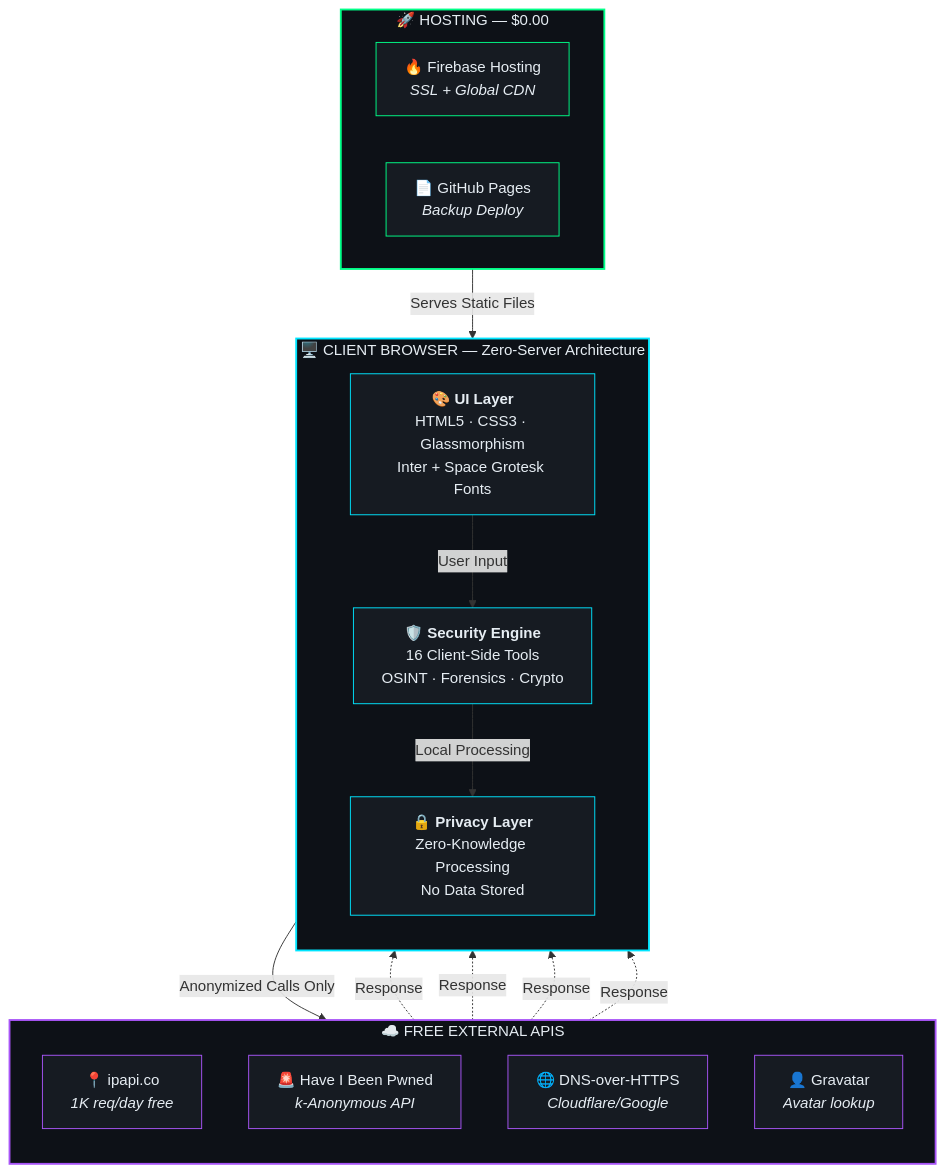
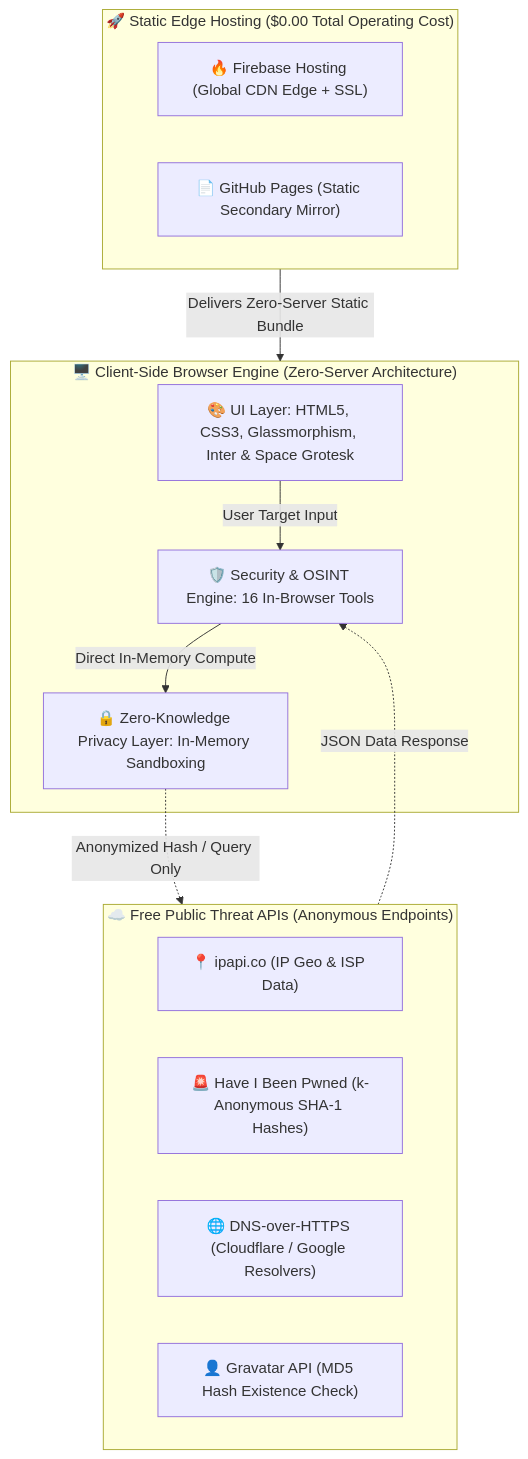
The second of 8 diagrams in README.md (Ab-aswini/Aswini--mini-security-tool-portfolio), drawn with Mermaid before and after one commit. The commit also changed other lines of this file, not shown here.

Commit message:
docs: resolve rich display rendering errors and polish Mermaid architecture diagrams

````diff
--- a/README.md
+++ b/README.md
@@ -100,45 +144,26 @@
 ```mermaid
-graph TB
-    subgraph CLIENT["🖥️ CLIENT BROWSER — Zero-Server Architecture"]
-        direction TB
-        UI["🎨 <b>UI Layer</b><br/>HTML5 · CSS3 · Glassmorphism<br/>Inter + Space Grotesk Fonts"]
-        ENGINE["🛡️ <b>Security Engine</b><br/>16 Client-Side Tools<br/>OSINT · Forensics · Crypto"]
-        PRIVACY["🔒 <b>Privacy Layer</b><br/>Zero-Knowledge Processing<br/>No Data Stored"]
+flowchart TD
+    subgraph CLIENT["🖥️ Client-Side Browser Engine (Zero-Server Architecture)"]
+        UI["🎨 UI Layer: HTML5, CSS3, Glassmorphism, Inter & Space Grotesk"]
+        ENGINE["🛡️ Security & OSINT Engine: 16 In-Browser Tools"]
+        PRIVACY["🔒 Zero-Knowledge Privacy Layer: In-Memory Sandboxing"]
+        UI -->|"User Target Input"| ENGINE
+        ENGINE -->|"Direct In-Memory Compute"| PRIVACY
     end
 
-    subgraph APIS["☁️ FREE EXTERNAL APIS"]
-        direction TB
-        IPAPI["📍 ipapi.co<br/><i>1K req/day free</i>"]
-        HIBP["🚨 Have I Been Pwned<br/><i>k-Anonymous API</i>"]
-        DNSAPI["🌐 DNS-over-HTTPS<br/><i>Cloudflare/Google</i>"]
-        GRAVATAR["👤 Gravatar<br/><i>Avatar lookup</i>"]
+    subgraph APIS["☁️ Free Public Threat APIs (Anonymous Endpoints)"]
+        IPAPI["📍 ipapi.co (IP Geo & ISP Data)"]
+        HIBP["🚨 Have I Been Pwned (k-Anonymous SHA-1 Hashes)"]
+        DOH["🌐 DNS-over-HTTPS (Cloudflare / Google Resolvers)"]
+        GRAVATAR["👤 Gravatar API (MD5 Hash Existence Check)"]
     end
 
-    subgraph HOSTING["🚀 HOSTING — $0.00"]
-        direction LR
-        FIREBASE["🔥 Firebase Hosting<br/><i>SSL + Global CDN</i>"]
-        GHPAGES["📄 GitHub Pages<br/><i>Backup Deploy</i>"]
+    subgraph DEPLOY["🚀 Static Edge Hosting ($0.00 Total Operating Cost)"]
+        FIREBASE["🔥 Firebase Hosting (Global CDN Edge + SSL)"]
+        GHPAGES["📄 GitHub Pages (Static Secondary Mirror)"]
     end
 
-    UI -->|"User Input"| ENGINE
-    ENGINE -->|"Local Processing"| PRIVACY
-    PRIVACY -->|"Anonymized Calls Only"| APIS
-    IPAPI -.->|"Response"| ENGINE
-    HIBP -.->|"Response"| ENGINE
-    DNSAPI -.->|"Response"| ENGINE
-    GRAVATAR -.->|"Response"| ENGINE
-    HOSTING -->|"Serves Static Files"| CLIENT
-
-    style CLIENT fill:#0d1117,stroke:#00E5FF,stroke-width:2px,color:#e6edf3
-    style APIS fill:#0d1117,stroke:#a855f7,stroke-width:2px,color:#e6edf3
-    style HOSTING fill:#0d1117,stroke:#00ff88,stroke-width:2px,color:#e6edf3
-    style UI fill:#161b22,stroke:#00E5FF,color:#e6edf3
-    style ENGINE fill:#161b22,stroke:#00E5FF,color:#e6edf3
-    style PRIVACY fill:#161b22,stroke:#00E5FF,color:#e6edf3
-    style IPAPI fill:#161b22,stroke:#a855f7,color:#e6edf3
-    style HIBP fill:#161b22,stroke:#a855f7,color:#e6edf3
-    style DNSAPI fill:#161b22,stroke:#a855f7,color:#e6edf3
-    style GRAVATAR fill:#161b22,stroke:#a855f7,color:#e6edf3
-    style FIREBASE fill:#161b22,stroke:#00ff88,color:#e6edf3
-    style GHPAGES fill:#161b22,stroke:#00ff88,color:#e6edf3
+    PRIVACY -.->|"Anonymized Hash / Query Only"| APIS
+    APIS -.->|"JSON Data Response"| ENGINE
+    DEPLOY -->|"Delivers Zero-Server Static Bundle"| CLIENT
 ```
````
